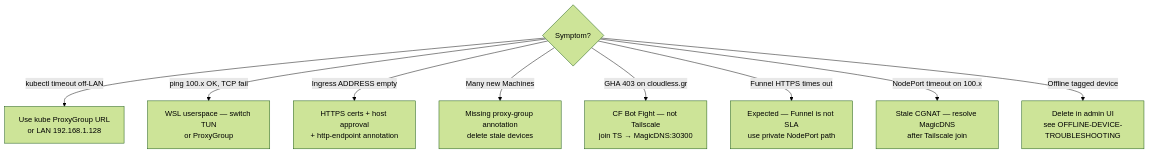
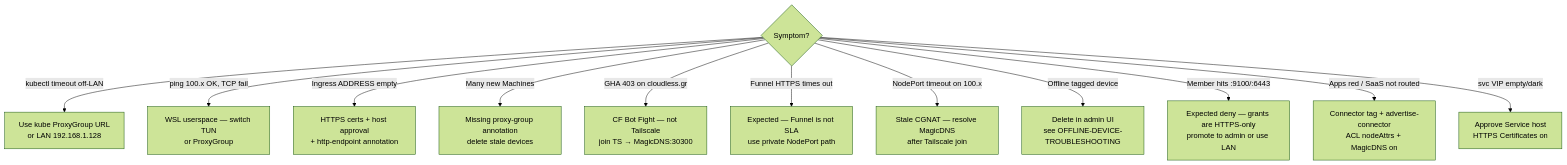
One commit to Themis128/cloudless.gr changed diagram 11 of 11 in docs/cluster/TAILSCALE-FABRIC.md. Above: the diagram before and after it, drawn with Mermaid (forest theme). The commit also changed other lines of this file and 4 other files, not shown here.

First line of the commit message:
docs(tailscale): document DNS, hardened ACL, Apps, and VIP Services

````diff
--- a/docs/cluster/TAILSCALE-FABRIC.md
+++ b/docs/cluster/TAILSCALE-FABRIC.md
@@ -433,12 +500,15 @@
 ```mermaid
 flowchart TD
   Q{Symptom?}
   Q -->|kubectl timeout off-LAN| A1[Use kube ProxyGroup URL<br/>or LAN 192.168.1.128]
   Q -->|ping 100.x OK, TCP fail| A2[WSL userspace — switch TUN<br/>or ProxyGroup]
   Q -->|Ingress ADDRESS empty| A3[HTTPS certs + host approval<br/>+ http-endpoint annotation]
   Q -->|Many new Machines| A4[Missing proxy-group annotation<br/>delete stale devices]
   Q -->|GHA 403 on cloudless.gr| A5[CF Bot Fight — not Tailscale<br/>join TS → MagicDNS:30300]
   Q -->|Funnel HTTPS times out| A5b[Expected — Funnel is not SLA<br/>use private NodePort path]
   Q -->|NodePort timeout on 100.x| A6[Stale CGNAT — resolve MagicDNS<br/>after Tailscale join]
   Q -->|Offline tagged device| A7[Delete in admin UI<br/>see OFFLINE-DEVICE-TROUBLESHOOTING]
+  Q -->|Member hits :9100/:6443| A8[Expected deny — grants are HTTPS-only<br/>promote to admin or use LAN]
+  Q -->|Apps red / SaaS not routed| A9[Connector tag + advertise-connector<br/>ACL nodeAttrs + MagicDNS on]
+  Q -->|svc VIP empty/dark| A10[Approve Service host<br/>HTTPS Certificates on]
 ```
````
